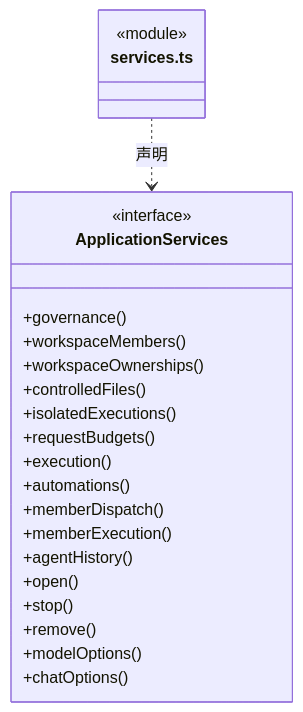
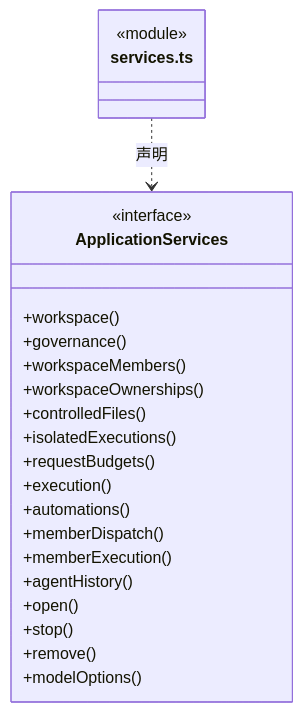
Diagram 13 of 22 in src/backend/main/ipc/ARCHITECTURE.md (nan023062/cbim), drawn with Mermaid before and after one commit. The commit also changed other lines of this file and 41 other files, not shown here.

````diff
--- a/src/backend/main/ipc/ARCHITECTURE.md
+++ b/src/backend/main/ipc/ARCHITECTURE.md
@@ -202,26 +202,26 @@
 ```mermaid
 classDiagram
 class N_src_backend_main_ipc_services_ts["services.ts"] {
   <<module>>
 }
 class N_src_backend_main_ipc_services_ts_ApplicationServices["ApplicationServices"] {
   <<interface>>
+  +workspace()
   +governance()
   +workspaceMembers()
   +workspaceOwnerships()
   +controlledFiles()
   +isolatedExecutions()
   +requestBudgets()
   +execution()
   +automations()
   +memberDispatch()
   +memberExecution()
   +agentHistory()
   +open()
   +stop()
   +remove()
   +modelOptions()
-  +chatOptions()
 }
 N_src_backend_main_ipc_services_ts ..> N_src_backend_main_ipc_services_ts_ApplicationServices : 声明
 ```
````
